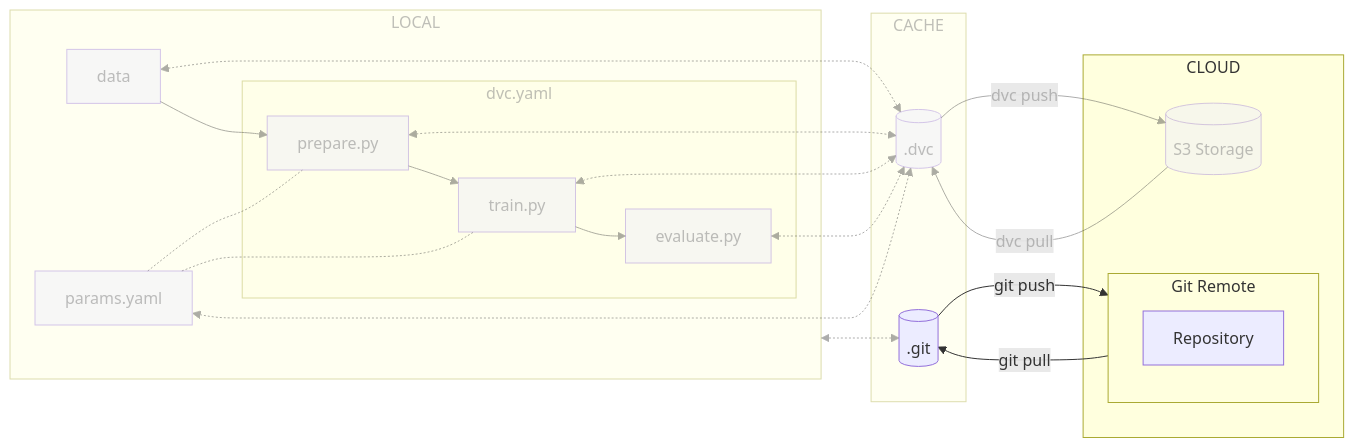
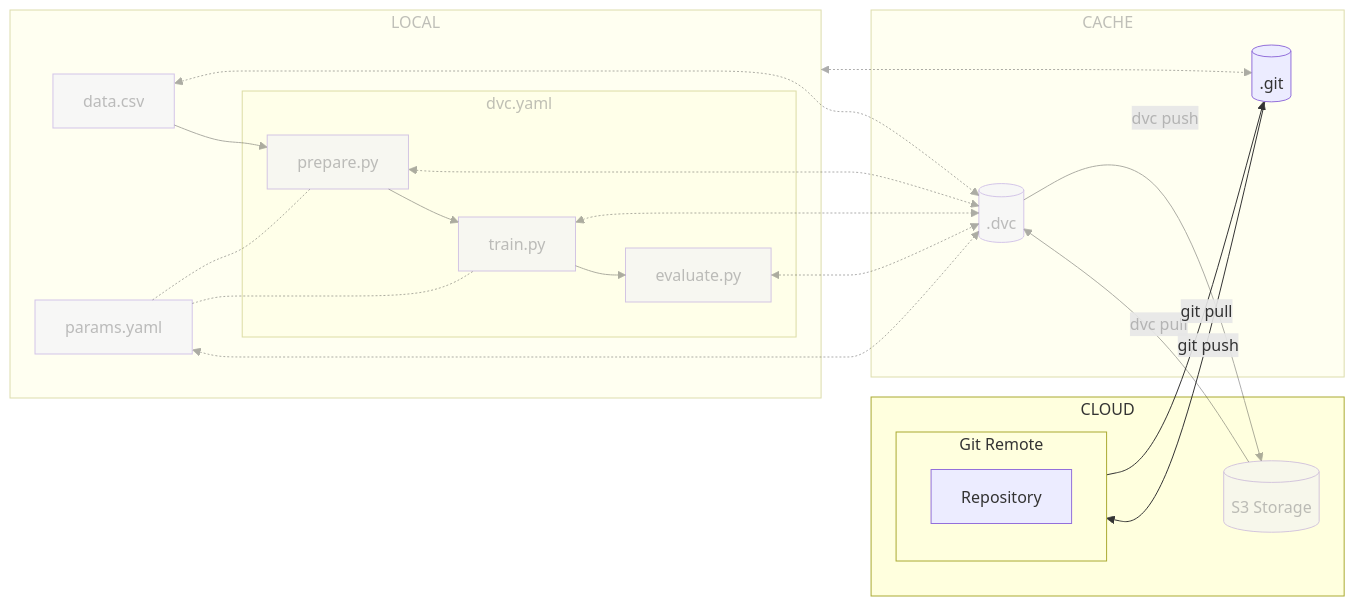
One commit to swiss-ai-center/a-guide-to-mlops changed the diagram in docs/part-2-move-to-the-cloud/chapter-7-move-the-ml-experiment-code-to-the-cloud/index.md. Above: the diagram before and after it, drawn with Mermaid. The commit also changed 9 other files, not shown here.

Commit message:
Rename mermaid vars

````diff
--- a/docs/part-2-move-to-the-cloud/chapter-7-move-the-ml-experiment-code-to-the-cloud/index.md
+++ b/docs/part-2-move-to-the-cloud/chapter-7-move-the-ml-experiment-code-to-the-cloud/index.md
@@ -12,55 +12,55 @@
 ```mermaid
 flowchart LR
-	789994[(".dvc")] -->|"dvc push"| 574108[("S3 Storage")]
-	574108 -->|"dvc pull"| 789994
-	429113[(".git")] -->|"git push"| 723944["Git Remote"]
-	723944 -->|"git pull"| 429113
-    356399 <-....-> 429113
-	980408["data"] <-.-> 789994
-	subgraph 438901["CACHE"]
-		789994
-		429113
-	end
-	subgraph 356399["LOCAL"]
-		672354["prepare.py"] <-.-> 789994
-		347464["train.py"] <-.-> 789994
-		964259["evaluate.py"] <-.-> 789994
-		980408 --> 672354
-		subgraph 695374["dvc.yaml"]
-			672354 --> 347464
-			347464 --> 964259
-		end
-        238472["params.yaml"] -.- 672354
-        238472 -.- 347464
-        238472 <-.-> 789994
-	end
-	subgraph 935111["CLOUD"]
-		574108
-		subgraph 723944["Git Remote"]
-			386452["Repository"]
+	dot_dvc[(.dvc)] -->|dvc push| s3_storage[(S3 Storage)]
+	s3_storage -->|dvc pull| dot_dvc
+	dot_git[(.git)] -->|git push| gitGraph[Git Remote]
+	gitGraph -->|git pull| dot_git
+    localGraph <-....-> dot_git
+	data[data.csv] <-.-> dot_dvc
+    subgraph cloudGraph[CLOUD]
+		s3_storage
+		subgraph gitGraph[Git Remote]
+			repository[Repository]
 		end
 	end
-    style 238472 opacity:0.4,color:#7f7f7f80
-    style 789994 opacity:0.4,color:#7f7f7f80
-    style 980408 opacity:0.4,color:#7f7f7f80
-    style 438901 opacity:0.4,color:#7f7f7f80
-    style 356399 opacity:0.4,color:#7f7f7f80
-    style 672354 opacity:0.4,color:#7f7f7f80
-    style 347464 opacity:0.4,color:#7f7f7f80
-    style 964259 opacity:0.4,color:#7f7f7f80
-    style 695374 opacity:0.4,color:#7f7f7f80
-    style 574108 opacity:0.4,color:#7f7f7f80
+	subgraph cacheGraph[CACHE]
+		dot_dvc
+		dot_git
+	end
+	subgraph localGraph[LOCAL]
+		prepare[prepare.py] <-.-> dot_dvc
+		train[train.py] <-.-> dot_dvc
+		evaluate[evaluate.py] <-.-> dot_dvc
+		data --> prepare
+		subgraph dvcGraph[dvc.yaml]
+			prepare --> train
+			train --> evaluate
+		end
+        params[params.yaml] -.- prepare
+        params -.- train
+        params <-.-> dot_dvc
+	end
+    style localGraph opacity:0.4,color:#7f7f7f80
+    style dvcGraph opacity:0.4,color:#7f7f7f80
+    style cacheGraph opacity:0.4,color:#7f7f7f80
+    style dot_dvc opacity:0.4,color:#7f7f7f80
+    style data opacity:0.4,color:#7f7f7f80
+    style prepare opacity:0.4,color:#7f7f7f80
+    style train opacity:0.4,color:#7f7f7f80
+    style evaluate opacity:0.4,color:#7f7f7f80
+    style params opacity:0.4,color:#7f7f7f80
+    style s3_storage opacity:0.4,color:#7f7f7f80
     linkStyle 0 opacity:0.4,color:#7f7f7f80
     linkStyle 1 opacity:0.4,color:#7f7f7f80
     linkStyle 4 opacity:0.4,color:#7f7f7f80
     linkStyle 5 opacity:0.4,color:#7f7f7f80
     linkStyle 6 opacity:0.4,color:#7f7f7f80
     linkStyle 7 opacity:0.4,color:#7f7f7f80
     linkStyle 8 opacity:0.4,color:#7f7f7f80
     linkStyle 9 opacity:0.4,color:#7f7f7f80
     linkStyle 10 opacity:0.4,color:#7f7f7f80
     linkStyle 11 opacity:0.4,color:#7f7f7f80
     linkStyle 12 opacity:0.4,color:#7f7f7f80
     linkStyle 13 opacity:0.4,color:#7f7f7f80
     linkStyle 14 opacity:0.4,color:#7f7f7f80
 ```
````
